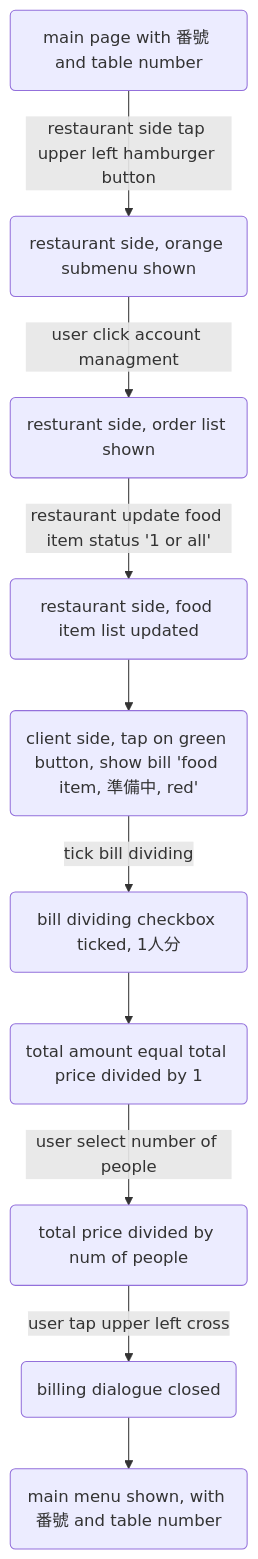
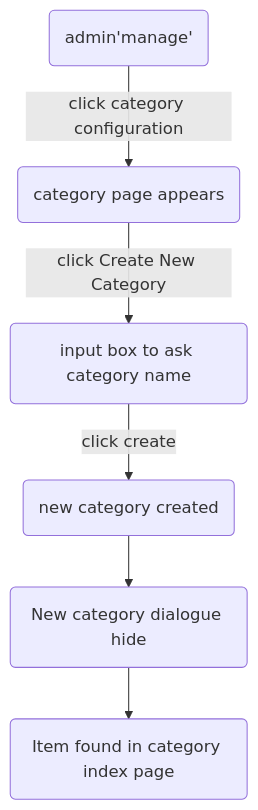
One commit to louiscklaw/LYNKED_QA_project changed the diagram in docs/flows/user_flow/happyflow-11/happy-flow-11.mmd. Above: the diagram before and after it, drawn with Mermaid. The commit also changed 28 other files, not shown here.

```diff
--- a/docs/flows/user_flow/happyflow-11/happy-flow-11.mmd
+++ b/docs/flows/user_flow/happyflow-11/happy-flow-11.mmd
@@ -1,13 +1,9 @@
-%% ユーザー流れ - 1 (利用規約/ランディングページ)の改善, slide 13
-%% User Flow-1 (Terms of Service / Landing Page) Improvement
+%% ユーザー流れ - 1 (利用規約/ランディングページ)の改善, slide 21
+%% Restaurant user flow-2 (Menu management / Landing page)
 
 graph TD
-  A1(main page with 番號 and table number) --> |restaurant side tap upper left hamburger button|B(restaurant side, orange submenu shown)
-  B-->|user click account managment|C(resturant side, order list shown)
-  C-->|restaurant update food item status '1 or all'|D(restaurant side, food item list updated)
-  D-->E(client side, tap on green button, show bill 'food item, 準備中, red')
-  E-->|tick bill dividing|F(bill dividing checkbox ticked, 1人分)
-  F-->G(total amount equal total price divided by 1)
-  G-->|user select number of people|H(total price divided by num of people)
-  H-->|user tap upper left cross|I(billing dialogue closed)
-  I-->J(main menu shown, with 番號 and table number)
+  A1(admin'manage') --> |click category configuration|B(category page appears)
+  B-->|click Create New Category|C(input box to ask category name)
+  C-->|click create|D(new category created)
+  D-->E(New category dialogue hide)
+  E-->F(Item found in category index page)
```
